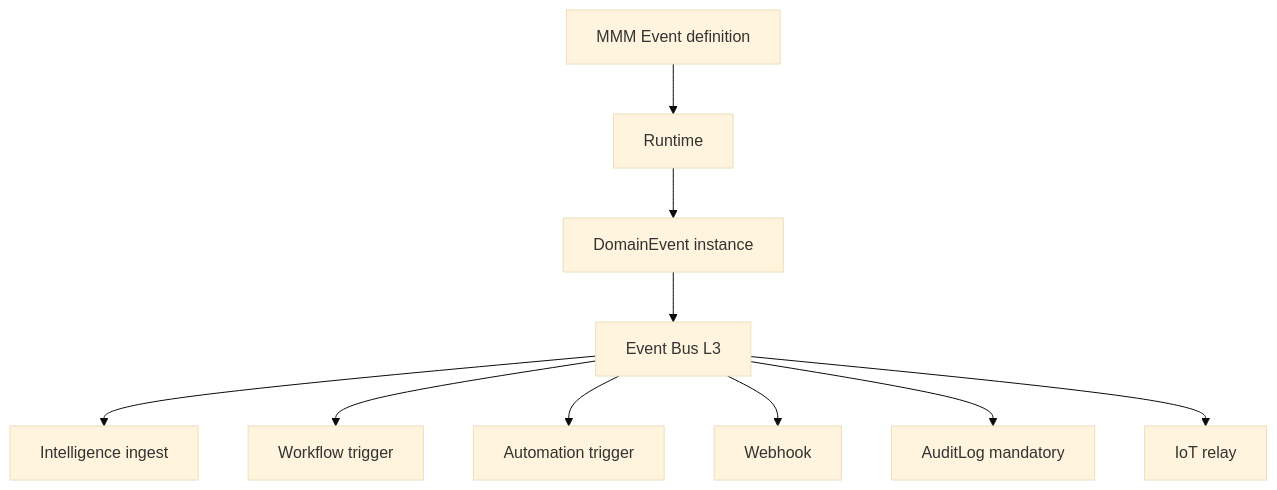
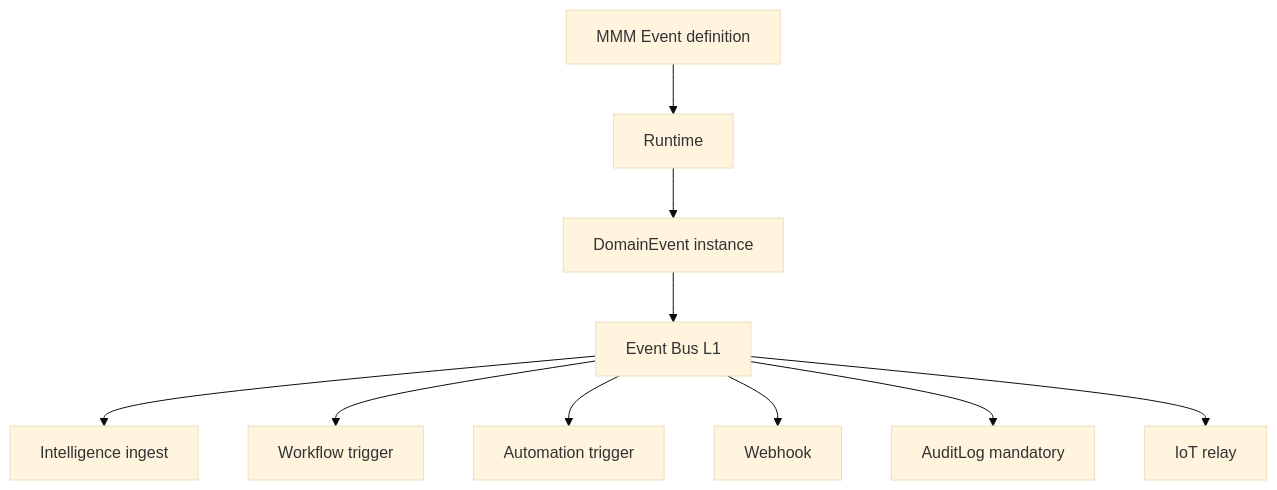
Before and after one commit to maikelimaadm-stack/PROJETOMG: the diagram in docs/meta-model/25-EVENT-BUS.md, drawn with Mermaid (base theme). The commit also changed other lines of this file and 52 other files, not shown here.

First line of the commit message:
docs: Foundation C.0.2 — SSOT remediation + Global Architecture Certificate

````diff
--- a/docs/meta-model/25-EVENT-BUS.md
+++ b/docs/meta-model/25-EVENT-BUS.md
@@ -46,12 +46,12 @@
 ```mermaid
 flowchart TD
     EV[MMM Event definition] --> RT[Runtime]
     RT --> DE[DomainEvent instance]
-    DE --> EB[Event Bus L3]
+    DE --> EB[Event Bus L1]
     EB --> INT[Intelligence ingest]
     EB --> WF[Workflow trigger]
     EB --> AU[Automation trigger]
     EB --> WH[Webhook]
     EB --> AL[AuditLog mandatory]
     EB --> IOT[IoT relay]
 ```
````
